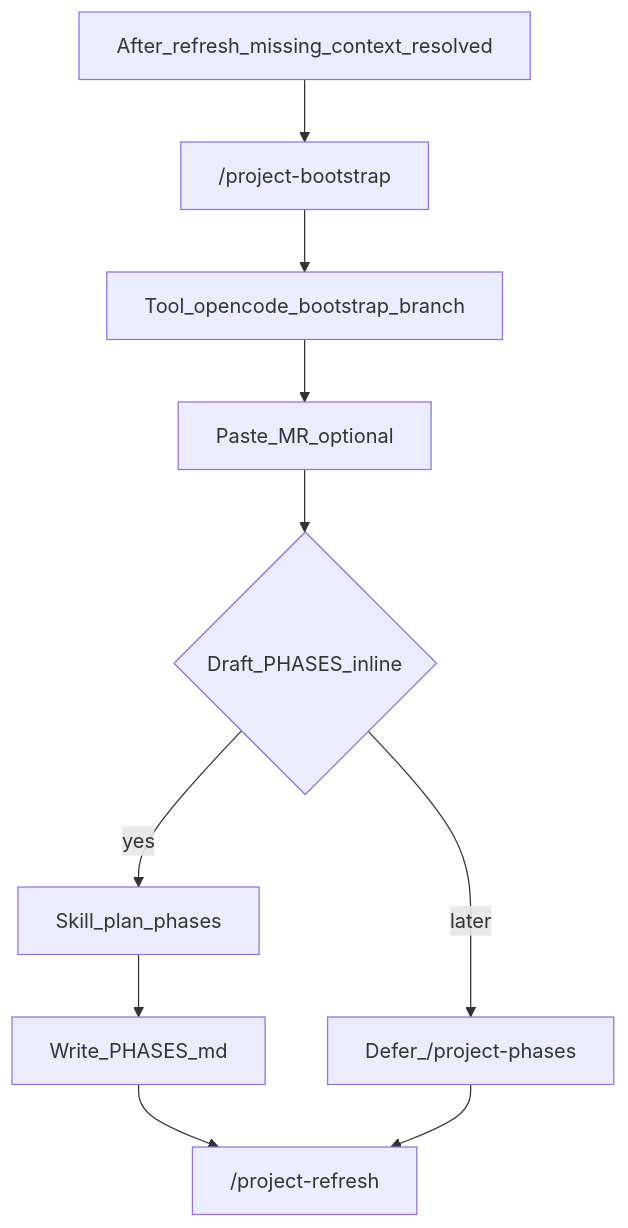
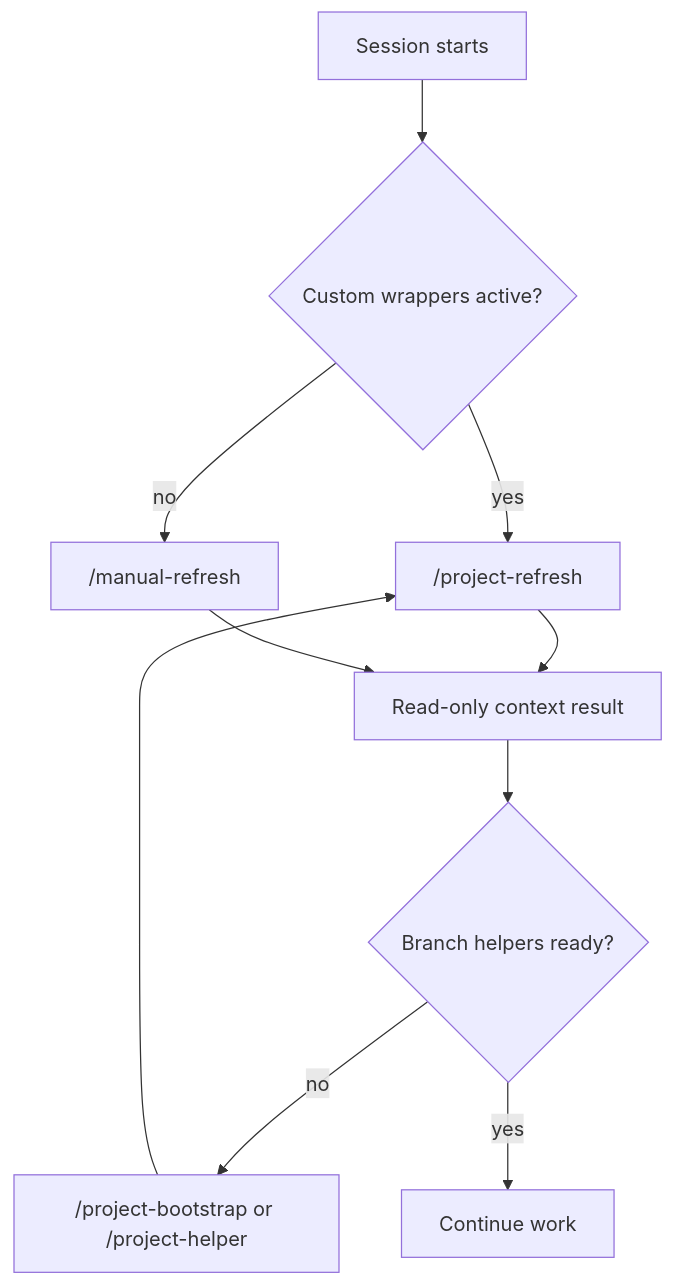
One commit to palaeologic/opencode-conductor changed the first of 4 diagrams in documentation/WORKFLOW_MAPS.md. Above: the diagram before and after it, drawn with Mermaid. The commit also changed other lines of this file and 373 other files, not shown here.

````diff
--- a/documentation/WORKFLOW_MAPS.md
+++ b/documentation/WORKFLOW_MAPS.md
@@ -37,13 +5,12 @@
 ```mermaid
 flowchart TB
-  R2["After_refresh_missing_context_resolved"]
-  R2 --> B["/project-bootstrap"]
-  B --> toolBoot[Tool_opencode_bootstrap_branch]
-  toolBoot --> pasteFlow[Paste_MR_optional]
-  pasteFlow --> askInline{Draft_PHASES_inline}
-  askInline -->|yes| planPh[Skill_plan_phases]
-  planPh --> writePh[Write_PHASES_md]
-  askInline -->|later| skipPh["Defer_/project-phases"]
-  writePh --> R3["/project-refresh"]
-  skipPh --> R3
+  S["Session starts"] --> T{"Custom wrappers active?"}
+  T -->|yes| R["/project-refresh"]
+  T -->|no| M["/manual-refresh"]
+  R --> C["Read-only context result"]
+  M --> C
+  C --> H{"Branch helpers ready?"}
+  H -->|no| B["/project-bootstrap or /project-helper"]
+  H -->|yes| W["Continue work"]
+  B --> R
 ```
````
